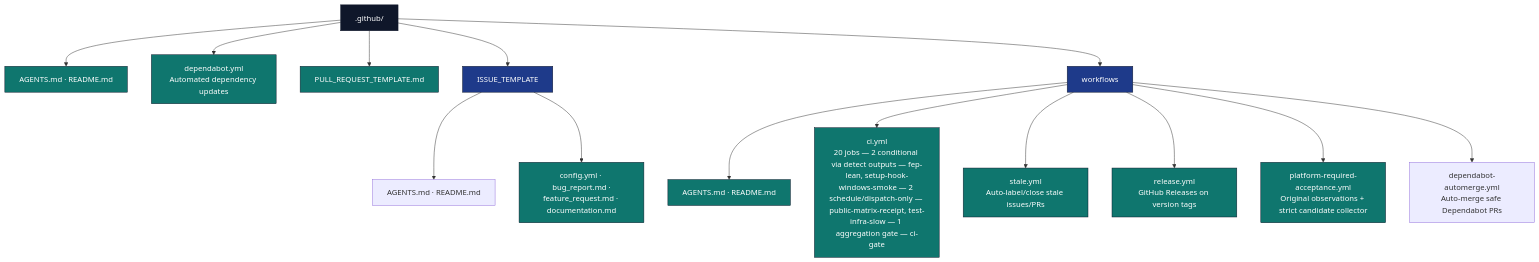
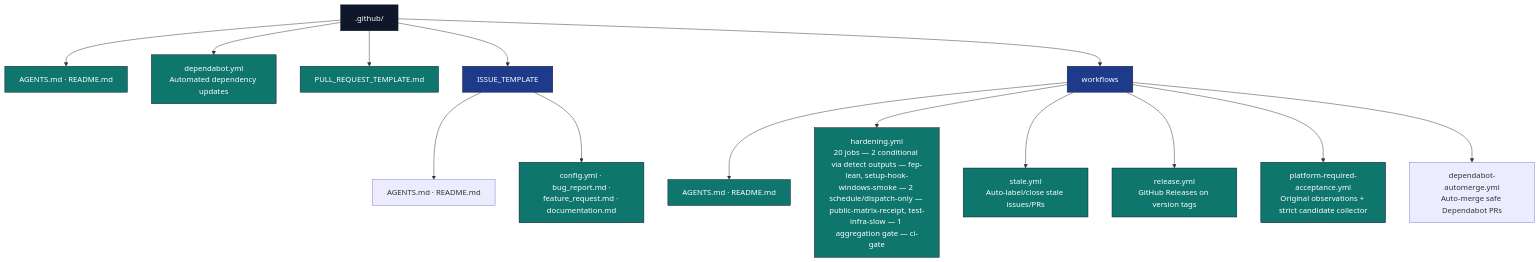
The diagram in .github/AGENTS.md (docxology/template), drawn with Mermaid before and after one commit. The commit also changed other lines of this file and 61 other files, not shown here.

Commit message:
Make public CI fast and functional; retain optional hardening

````diff
--- a/.github/AGENTS.md
+++ b/.github/AGENTS.md
@@ -24,26 +38,26 @@
 ```mermaid
 flowchart TB
     GH[.github/]
     GH --> META[AGENTS.md · README.md]
     GH --> DEP[dependabot.yml<br/>Automated dependency updates]
     GH --> PRT[PULL_REQUEST_TEMPLATE.md]
     GH --> ITPL[ISSUE_TEMPLATE]
     GH --> WF[workflows]
 
     ITPL --> ITPL_DOCS[AGENTS.md · README.md]
     ITPL --> ITPL_F[config.yml · bug_report.md ·<br/>feature_request.md · documentation.md]
 
     WF --> WF_DOCS[AGENTS.md · README.md]
-    WF --> WF_CI[ci.yml<br/>20 jobs — 2 conditional via detect outputs — fep-lean, setup-hook-windows-smoke — 2 schedule/dispatch-only — public-matrix-receipt, test-infra-slow — 1 aggregation gate — ci-gate]
+    WF --> WF_CI[hardening.yml<br/>20 jobs — 2 conditional via detect outputs — fep-lean, setup-hook-windows-smoke — 2 schedule/dispatch-only — public-matrix-receipt, test-infra-slow — 1 aggregation gate — ci-gate]
     WF --> WF_STALE[stale.yml<br/>Auto-label/close stale issues/PRs]
     WF --> WF_REL[release.yml<br/>GitHub Releases on version tags]
     WF --> WF_REQUIRED[platform-required-acceptance.yml<br/>Original observations + strict candidate collector]
     WF --> WF_DA[dependabot-automerge.yml<br/>Auto-merge safe Dependabot PRs]
 
     classDef d fill:#0f172a,stroke:#0f172a,color:#fff
     classDef pkg fill:#1e3a8a,stroke:#0f172a,color:#fff
     classDef f fill:#0f766e,stroke:#0f172a,color:#fff
     class GH d
     class ITPL,WF pkg
     class META,DEP,PRT,ITPL_F,WF_DOCS,WF_CI,WF_STALE,WF_REL,WF_REQUIRED f
 ```
````
